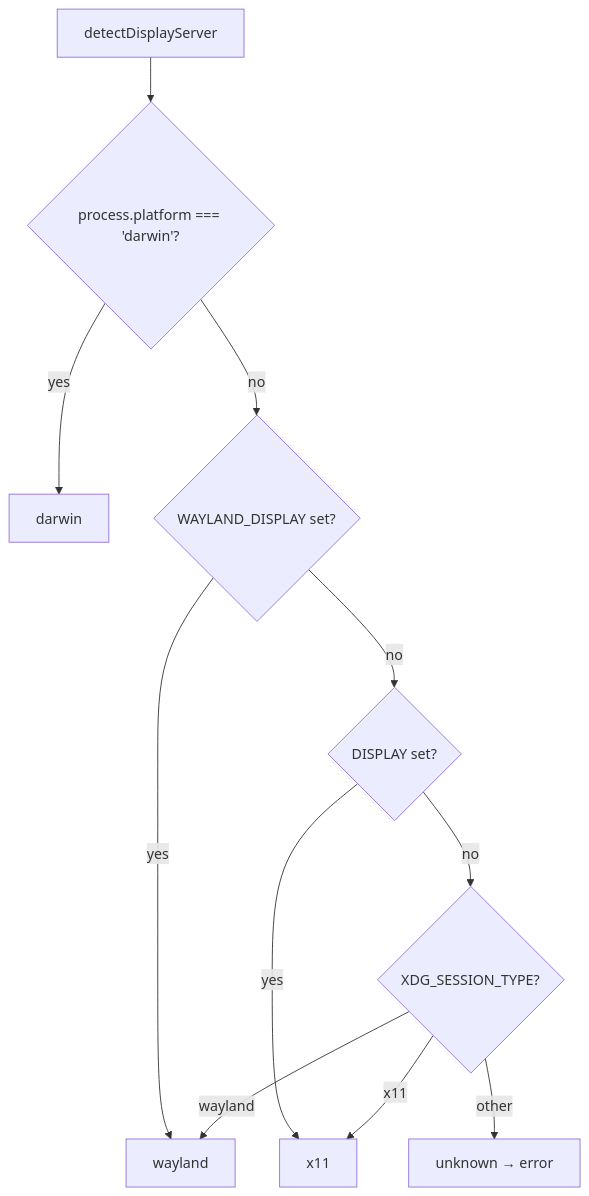
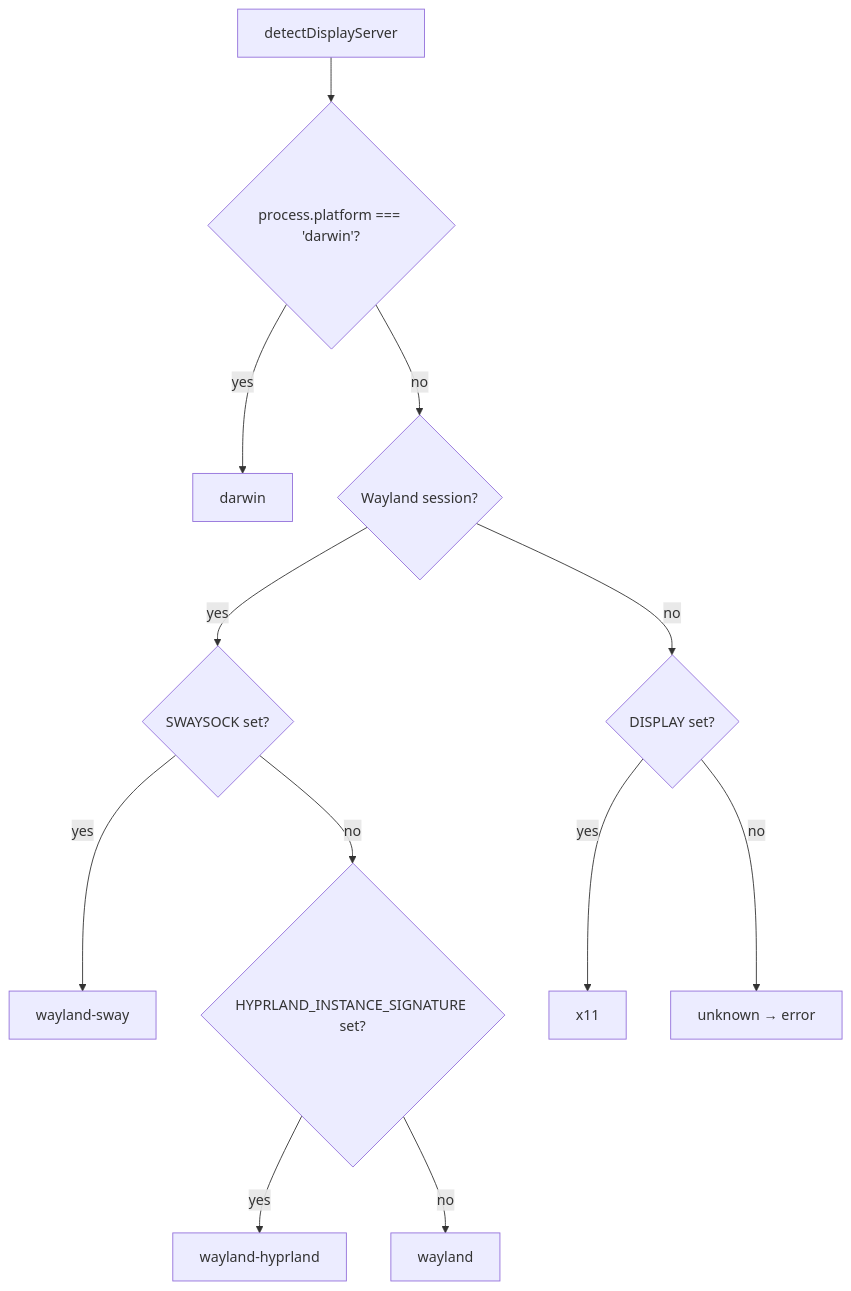
The diagram in docs/platform-support.md (gabrielpgagne/tauri-agent-tools), drawn with Mermaid before and after one commit. The commit also changed other lines of this file and 8 other files, not shown here.

````diff
--- a/docs/platform-support.md
+++ b/docs/platform-support.md
@@ -16,13 +17,14 @@
 ```mermaid
 flowchart TD
     A[detectDisplayServer] --> B{process.platform === 'darwin'?}
     B -->|yes| C[darwin]
-    B -->|no| D{WAYLAND_DISPLAY set?}
-    D -->|yes| E[wayland]
-    D -->|no| F{DISPLAY set?}
-    F -->|yes| G[x11]
-    F -->|no| H{XDG_SESSION_TYPE?}
-    H -->|wayland| E
-    H -->|x11| G
-    H -->|other| I[unknown → error]
+    B -->|no| D{Wayland session?}
+    D -->|yes| E{SWAYSOCK set?}
+    E -->|yes| F[wayland-sway]
+    E -->|no| G{HYPRLAND_INSTANCE_SIGNATURE set?}
+    G -->|yes| H[wayland-hyprland]
+    G -->|no| I[wayland]
+    D -->|no| J{DISPLAY set?}
+    J -->|yes| K[x11]
+    J -->|no| L[unknown → error]
 ```
````
